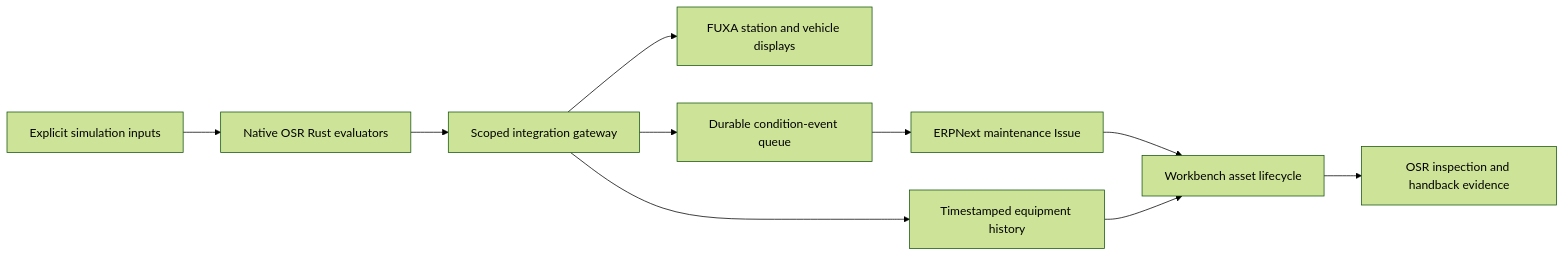
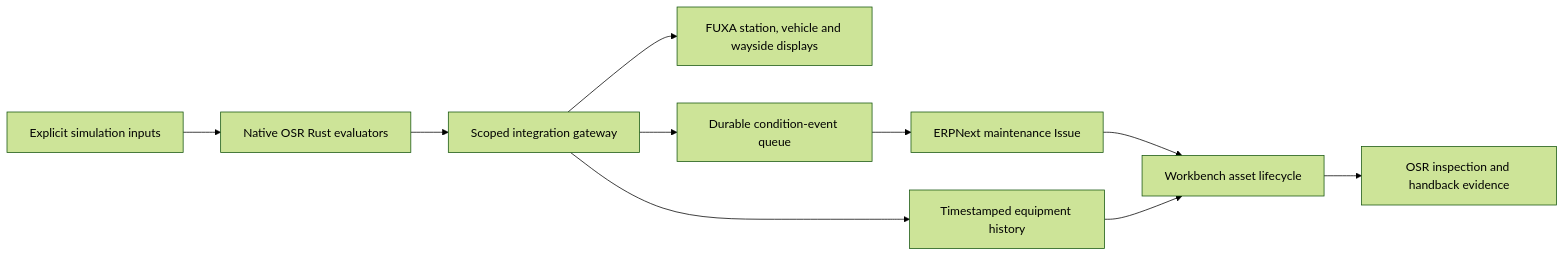
The diagram in docs/lifecycle/embedded-integration.md (modernecotech/OpenSourceRail), drawn with Mermaid (forest theme) before and after one commit. The commit also changed other lines of this file and 17 other files, not shown here.

````diff
--- a/docs/lifecycle/embedded-integration.md
+++ b/docs/lifecycle/embedded-integration.md
@@ -7,12 +7,12 @@
 ```mermaid
 flowchart LR
   I[Explicit simulation inputs] --> R[Native OSR Rust evaluators]
   R --> G[Scoped integration gateway]
   G --> H[Timestamped equipment history]
-  G --> F[FUXA station and vehicle displays]
+  G --> F[FUXA station, vehicle and wayside displays]
   G --> Q[Durable condition-event queue]
   Q --> E[ERPNext maintenance Issue]
   E --> W[Workbench asset lifecycle]
   H --> W
   W --> A[OSR inspection and handback evidence]
 ```
````
